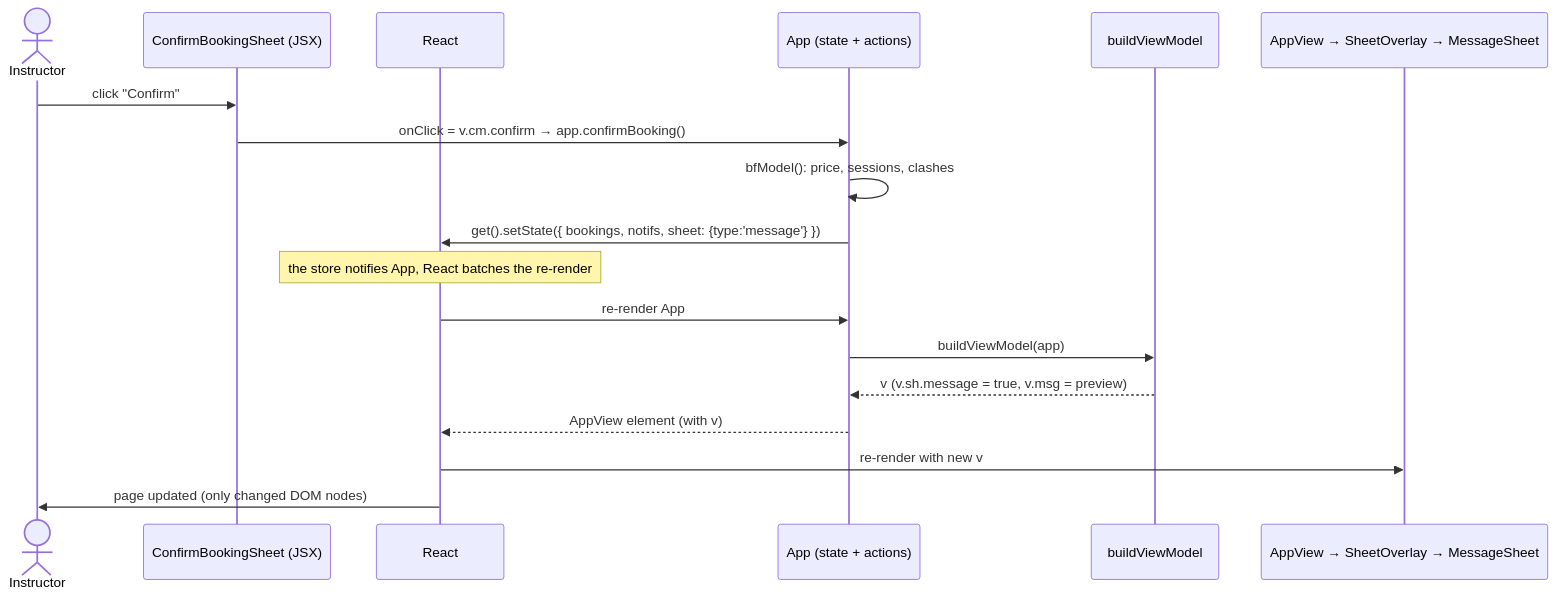
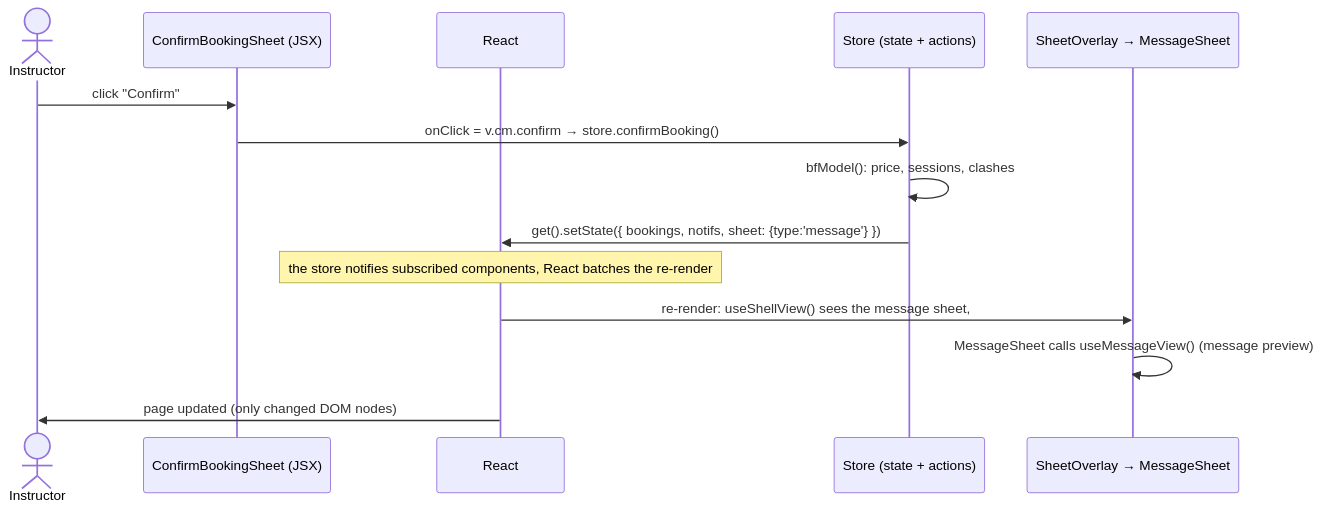
One commit to snehashisp/nexdrive changed the fourth of 5 diagrams in docs/internal/component-diagram.md. Above: the diagram before and after it, drawn with Mermaid. The commit also changed other lines of this file and 102 other files, not shown here.

First line of the commit message:
Replace the shared view-model object with per-screen view hooks

````diff
--- a/docs/internal/component-diagram.md
+++ b/docs/internal/component-diagram.md
@@ -122,21 +123,17 @@
 ```mermaid
 sequenceDiagram
   actor U as Instructor
   participant S as ConfirmBookingSheet (JSX)
   participant R as React
-  participant A as App (state + actions)
-  participant V as buildViewModel
-  participant AV as AppView → SheetOverlay → MessageSheet
+  participant A as Store (state + actions)
+  participant AV as SheetOverlay → MessageSheet
 
   U->>S: click "Confirm"
-  S->>A: onClick = v.cm.confirm → app.confirmBooking()
+  S->>A: onClick = v.cm.confirm → store.confirmBooking()
   A->>A: bfModel(): price, sessions, clashes
   A->>R: get().setState({ bookings, notifs, sheet: {type:'message'} })
-  Note over R: the store notifies App, React batches the re-render
-  R->>A: re-render App
-  A->>V: buildViewModel(app)
-  V-->>A: v (v.sh.message = true, v.msg = preview)
-  A-->>R: AppView element (with v)
-  R->>AV: re-render with new v
+  Note over R: the store notifies subscribed components, React batches the re-render
+  R->>AV: re-render: useShellView() sees the message sheet,
+  AV->>AV: MessageSheet calls useMessageView() (message preview)
   R->>U: page updated (only changed DOM nodes)
 ```
````
